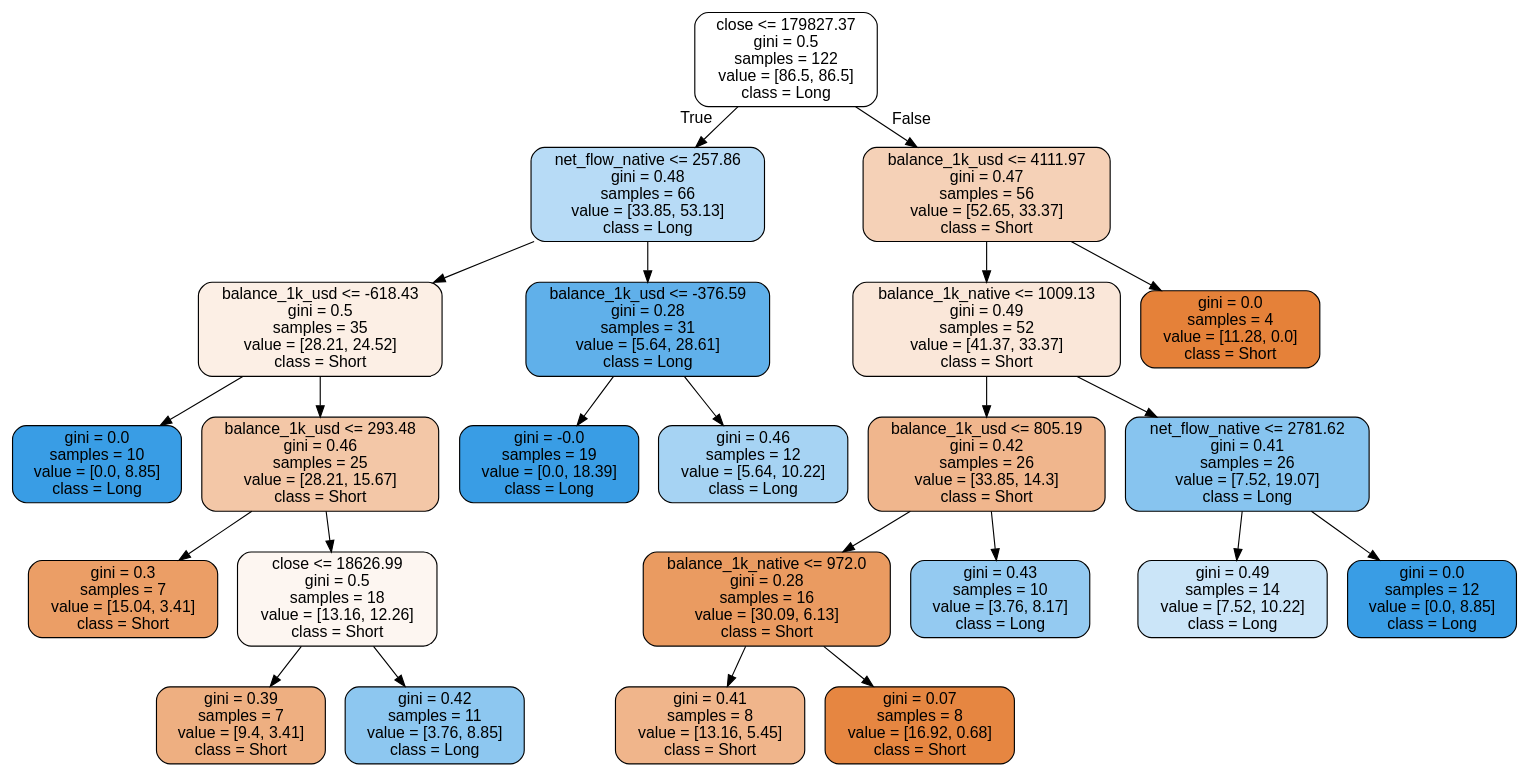
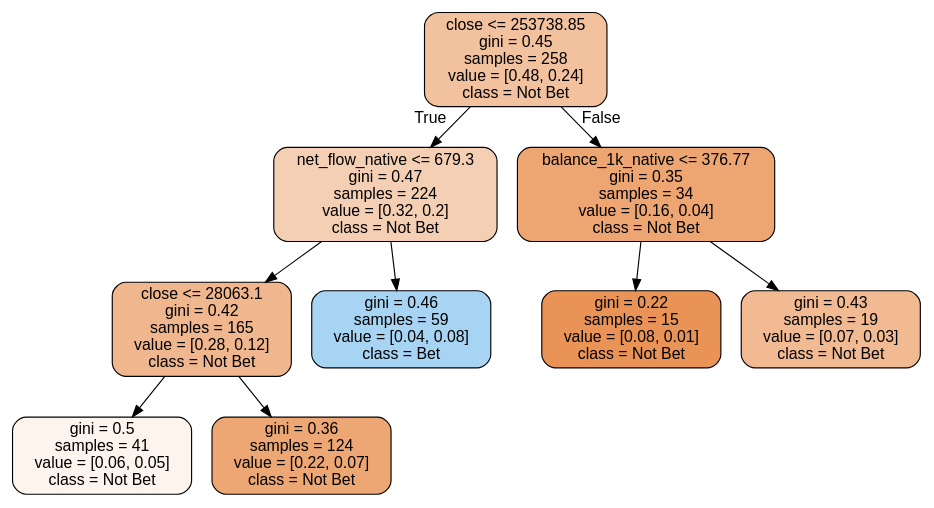
The diagram in plots/BTC/balance/tree/rf_6.dot (Ericclck/FinancialModeling), drawn with Graphviz before and after one commit. The commit also changed 29 other files, not shown here.

```diff
--- a/plots/BTC/balance/tree/rf_6.dot
+++ b/plots/BTC/balance/tree/rf_6.dot
@@ -1,49 +1,21 @@
 digraph Tree {
 node [shape=box, style="filled, rounded", color="black", fontname="helvetica"] ;
 edge [fontname="helvetica"] ;
-0 [label="close <= 179827.37\ngini = 0.5\nsamples = 122\nvalue = [86.5, 86.5]\nclass = Long", fillcolor="#ffffff"] ;
-1 [label="net_flow_native <= 257.86\ngini = 0.48\nsamples = 66\nvalue = [33.85, 53.13]\nclass = Long", fillcolor="#b7dbf6"] ;
+0 [label="close <= 253738.85\ngini = 0.45\nsamples = 258\nvalue = [0.48, 0.24]\nclass = Not Bet", fillcolor="#f2c19e"] ;
+1 [label="net_flow_native <= 679.3\ngini = 0.47\nsamples = 224\nvalue = [0.32, 0.2]\nclass = Not Bet", fillcolor="#f5cfb3"] ;
 0 -> 1 [labeldistance=2.5, labelangle=45, headlabel="True"] ;
-2 [label="balance_1k_usd <= -618.43\ngini = 0.5\nsamples = 35\nvalue = [28.21, 24.52]\nclass = Short", fillcolor="#fcefe5"] ;
+2 [label="close <= 28063.1\ngini = 0.42\nsamples = 165\nvalue = [0.28, 0.12]\nclass = Not Bet", fillcolor="#f0b78e"] ;
 1 -> 2 ;
-3 [label="gini = 0.0\nsamples = 10\nvalue = [0.0, 8.85]\nclass = Long", fillcolor="#399de5"] ;
+3 [label="gini = 0.5\nsamples = 41\nvalue = [0.06, 0.05]\nclass = Not Bet", fillcolor="#fdf4ee"] ;
 2 -> 3 ;
-4 [label="balance_1k_usd <= 293.48\ngini = 0.46\nsamples = 25\nvalue = [28.21, 15.67]\nclass = Short", fillcolor="#f3c7a7"] ;
+4 [label="gini = 0.36\nsamples = 124\nvalue = [0.22, 0.07]\nclass = Not Bet", fillcolor="#eda775"] ;
 2 -> 4 ;
-5 [label="gini = 0.3\nsamples = 7\nvalue = [15.04, 3.41]\nclass = Short", fillcolor="#eb9e66"] ;
-4 -> 5 ;
-6 [label="close <= 18626.99\ngini = 0.5\nsamples = 18\nvalue = [13.16, 12.26]\nclass = Short", fillcolor="#fdf6f1"] ;
-4 -> 6 ;
-7 [label="gini = 0.39\nsamples = 7\nvalue = [9.4, 3.41]\nclass = Short", fillcolor="#eeaf81"] ;
+5 [label="gini = 0.46\nsamples = 59\nvalue = [0.04, 0.08]\nclass = Bet", fillcolor="#a7d4f3"] ;
+1 -> 5 ;
+6 [label="balance_1k_native <= 376.77\ngini = 0.35\nsamples = 34\nvalue = [0.16, 0.04]\nclass = Not Bet", fillcolor="#eda572"] ;
+0 -> 6 [labeldistance=2.5, labelangle=-45, headlabel="False"] ;
+7 [label="gini = 0.22\nsamples = 15\nvalue = [0.08, 0.01]\nclass = Not Bet", fillcolor="#e99356"] ;
 6 -> 7 ;
-8 [label="gini = 0.42\nsamples = 11\nvalue = [3.76, 8.85]\nclass = Long", fillcolor="#8dc7f0"] ;
+8 [label="gini = 0.43\nsamples = 19\nvalue = [0.07, 0.03]\nclass = Not Bet", fillcolor="#f1ba92"] ;
 6 -> 8 ;
-9 [label="balance_1k_usd <= -376.59\ngini = 0.28\nsamples = 31\nvalue = [5.64, 28.61]\nclass = Long", fillcolor="#60b0ea"] ;
-1 -> 9 ;
-10 [label="gini = -0.0\nsamples = 19\nvalue = [0.0, 18.39]\nclass = Long", fillcolor="#399de5"] ;
-9 -> 10 ;
-11 [label="gini = 0.46\nsamples = 12\nvalue = [5.64, 10.22]\nclass = Long", fillcolor="#a6d3f3"] ;
-9 -> 11 ;
-12 [label="balance_1k_usd <= 4111.97\ngini = 0.47\nsamples = 56\nvalue = [52.65, 33.37]\nclass = Short", fillcolor="#f5d1b7"] ;
-0 -> 12 [labeldistance=2.5, labelangle=-45, headlabel="False"] ;
-13 [label="balance_1k_native <= 1009.13\ngini = 0.49\nsamples = 52\nvalue = [41.37, 33.37]\nclass = Short", fillcolor="#fae7d9"] ;
-12 -> 13 ;
-14 [label="balance_1k_usd <= 805.19\ngini = 0.42\nsamples = 26\nvalue = [33.85, 14.3]\nclass = Short", fillcolor="#f0b68d"] ;
-13 -> 14 ;
-15 [label="balance_1k_native <= 972.0\ngini = 0.28\nsamples = 16\nvalue = [30.09, 6.13]\nclass = Short", fillcolor="#ea9b61"] ;
-14 -> 15 ;
-16 [label="gini = 0.41\nsamples = 8\nvalue = [13.16, 5.45]\nclass = Short", fillcolor="#f0b58b"] ;
-15 -> 16 ;
-17 [label="gini = 0.07\nsamples = 8\nvalue = [16.92, 0.68]\nclass = Short", fillcolor="#e68641"] ;
-15 -> 17 ;
-18 [label="gini = 0.43\nsamples = 10\nvalue = [3.76, 8.17]\nclass = Long", fillcolor="#94caf1"] ;
-14 -> 18 ;
-19 [label="net_flow_native <= 2781.62\ngini = 0.41\nsamples = 26\nvalue = [7.52, 19.07]\nclass = Long", fillcolor="#87c4ef"] ;
-13 -> 19 ;
-20 [label="gini = 0.49\nsamples = 14\nvalue = [7.52, 10.22]\nclass = Long", fillcolor="#cbe5f8"] ;
-19 -> 20 ;
-21 [label="gini = 0.0\nsamples = 12\nvalue = [0.0, 8.85]\nclass = Long", fillcolor="#399de5"] ;
-19 -> 21 ;
-22 [label="gini = 0.0\nsamples = 4\nvalue = [11.28, 0.0]\nclass = Short", fillcolor="#e58139"] ;
-12 -> 22 ;
 }
```
